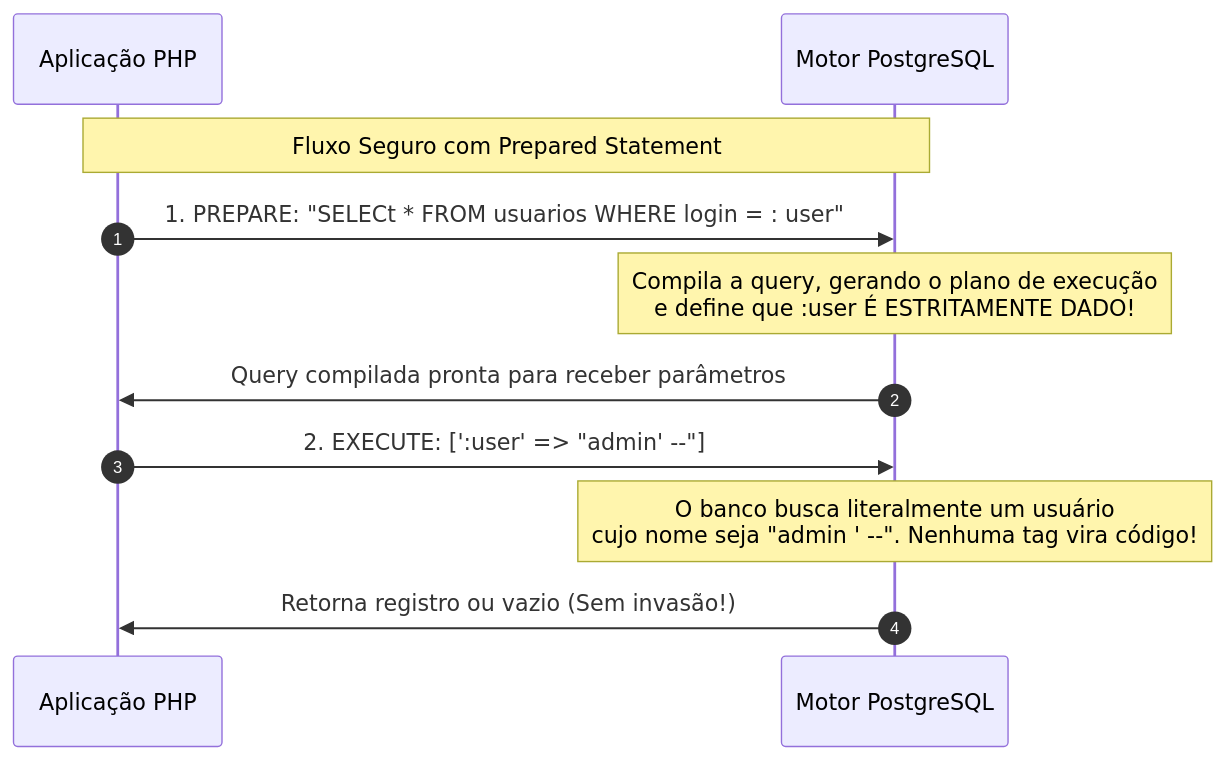
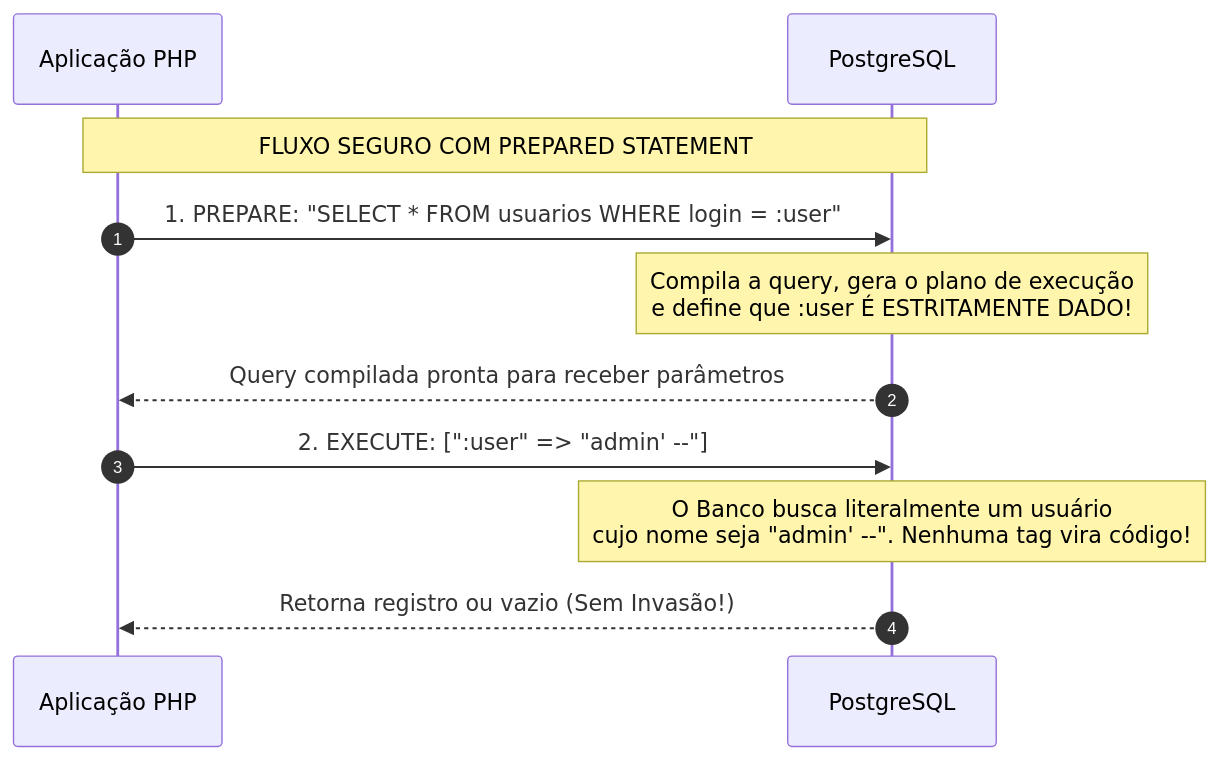
Diagram 13 of 18 in README.md (FelipeScalfi/BackEnd), drawn with Mermaid before and after one commit. The commit also changed other lines of this file and 12 other files, not shown here.

````diff
--- a/README.md
+++ b/README.md
@@ -1353,15 +1365,14 @@
 ```mermaid
 sequenceDiagram
     autonumber
     participant App as Aplicação PHP
-    participant SGBD as Motor PostgreSQL
+    participant SGBD as PostgreSQL
 
-    Note over App, SGBD: Fluxo Seguro com Prepared Statement
-    App->>SGBD: 1. PREPARE: "SELECt * FROM usuarios WHERE login = : user"
-    Note over SGBD: Compila a query, gerando o plano de execução<br/>e define que :user É ESTRITAMENTE DADO!
-    SGBD->>App: Query compilada pronta para receber parâmetros
-    App->>SGBD: 2. EXECUTE: [':user' => "admin' --"]
-    Note over SGBD: O banco busca literalmente um usuário<br/>cujo nome seja "admin ' --". Nenhuma tag vira código!
-    SGBD->>App: Retorna registro ou vazio (Sem invasão!)
-
+    Note over App, SGBD: FLUXO SEGURO COM PREPARED STATEMENT
+    App->>SGBD: 1. PREPARE: "SELECT * FROM usuarios WHERE login = :user"
+    Note over SGBD: Compila a query, gera o plano de execução<br/>e define que :user É ESTRITAMENTE DADO!
+    SGBD-->>App: Query compilada pronta para receber parâmetros
+    App->>SGBD: 2. EXECUTE: [":user" => "admin' --"]
+    Note over SGBD: O Banco busca literalmente um usuário<br/>cujo nome seja "admin' --". Nenhuma tag vira código!
+    SGBD-->>App: Retorna registro ou vazio (Sem Invasão!)
 ```
````
